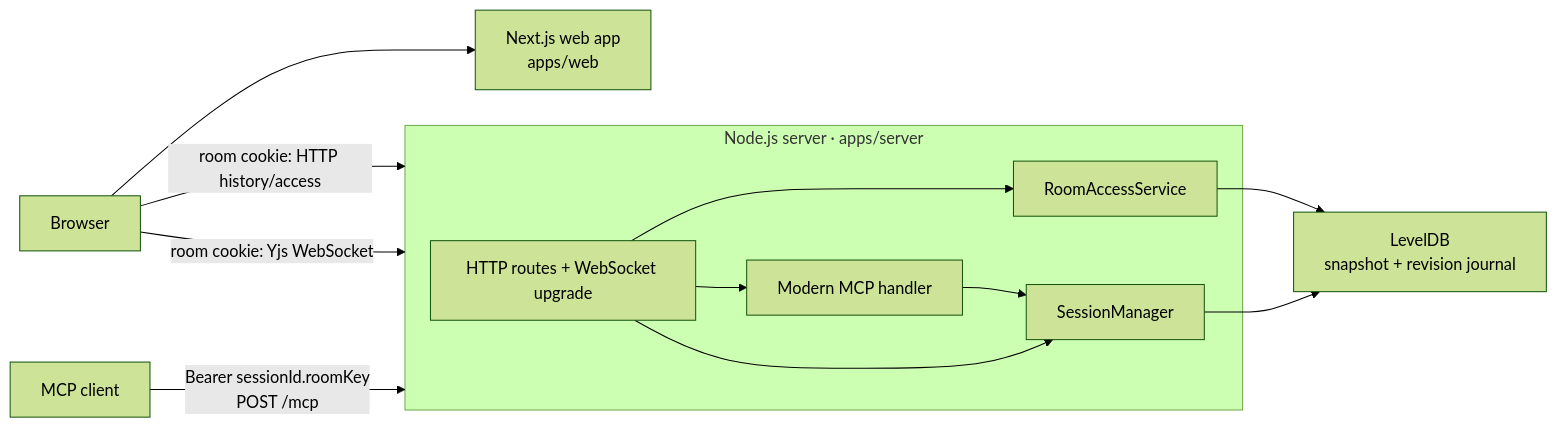
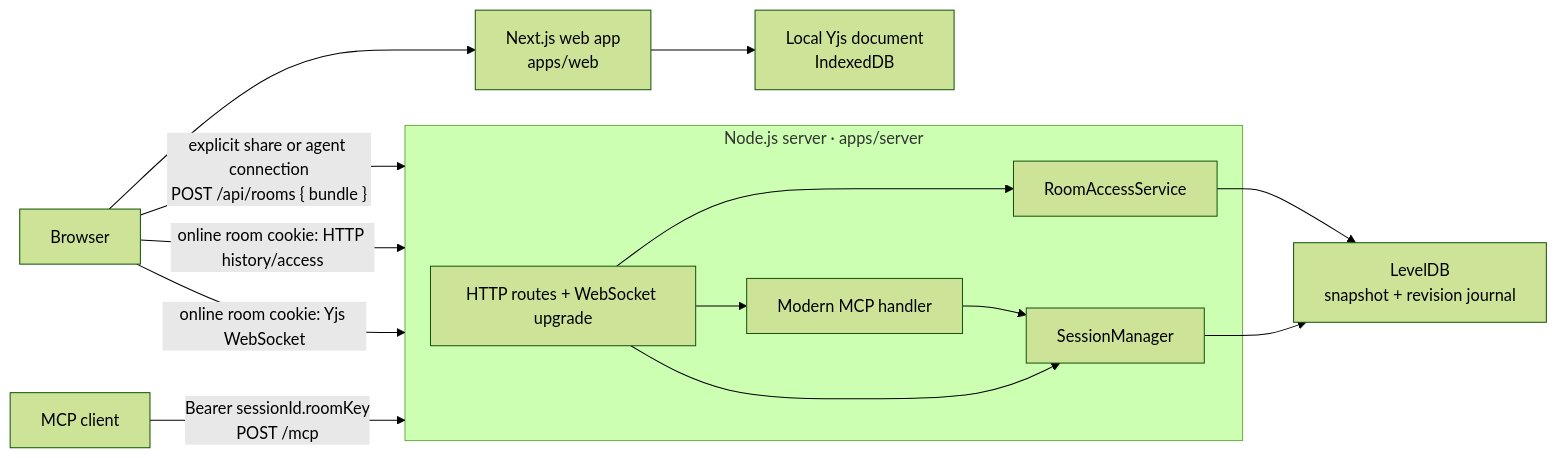
The first of 4 diagrams in ARCHITECTURE.md (donovan-yohan/arielcharts), drawn with Mermaid (forest theme) before and after one commit. The commit also changed other lines of this file and 28 other files, not shown here.

````diff
--- a/ARCHITECTURE.md
+++ b/ARCHITECTURE.md
@@ -15,21 +12,23 @@
 ```mermaid
 flowchart LR
   Browser["Browser"] --> Web["Next.js web app\napps/web"]
-  Browser -->|"room cookie: HTTP history/access"| Server
-  Browser -->|"room cookie: Yjs WebSocket"| Server
+  Web --> Local["Local Yjs document\nIndexedDB"]
+  Browser -->|"explicit share or agent connection\nPOST /api/rooms { bundle }"| Server
+  Browser -->|"online room cookie: HTTP history/access"| Server
+  Browser -->|"online room cookie: Yjs WebSocket"| Server
   Agent["MCP client"] -->|"Bearer sessionId.roomKey\nPOST /mcp"| Server
 
   subgraph Server["Node.js server · apps/server"]
     Router["HTTP routes + WebSocket upgrade"]
     Access["RoomAccessService"]
     Mcp["Modern MCP handler"]
     Manager["SessionManager"]
     Router --> Access
     Router --> Mcp
     Router --> Manager
     Mcp --> Manager
   end
 
   Manager --> Store["LevelDB\nsnapshot + revision journal"]
   Access --> Store
 ```
````
